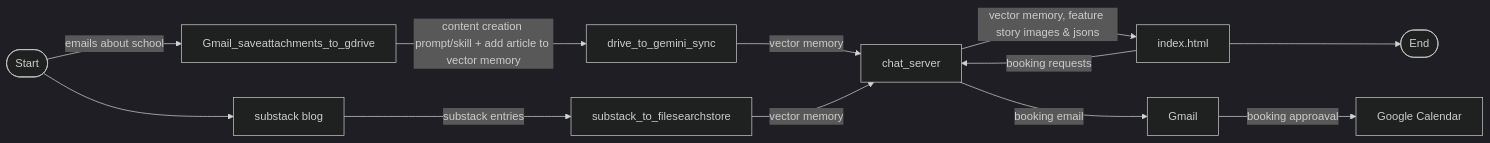
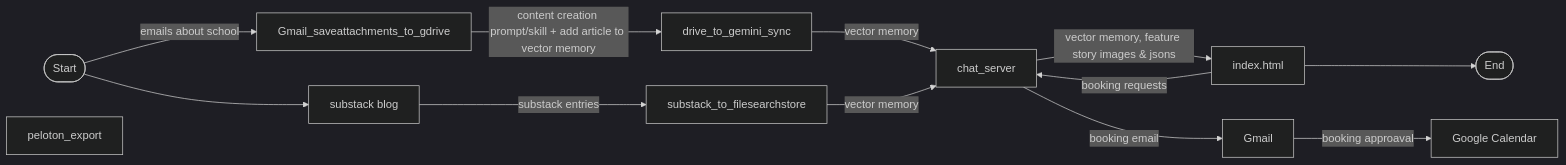
The diagram in readme.md (cognitivemetaphors/DevelopmentDirectorAgent), drawn with Mermaid (dark theme) before and after one commit. The commit also changed other lines of this file and 1 other file, not shown here.

Commit message:
introduce peloton_export.py

````diff
--- a/readme.md
+++ b/readme.md
@@ -1,15 +1,16 @@
 ```mermaid
 flowchart LR 
         A(["Start"])
         A --emails about school--> B["Gmail_saveattachments_to_gdrive"]
         B --content creation prompt/skill + add article to vector memory-->D["drive_to_gemini_sync"]
         D -- vector memory-->E["chat_server"]
         E --vector memory, feature story images & jsons -->H["index.html"]
         H --booking requests-->E
         E -->|booking email| G["Gmail"]
         G -->|booking approaval| K["Google Calendar"]
         A --> J
         J["substack blog"]--substack entries-->L["substack_to_filesearchstore"]
         L --vector memory-->E
+        M[peloton_export]
         H --> I(["End"])
 ```
````
